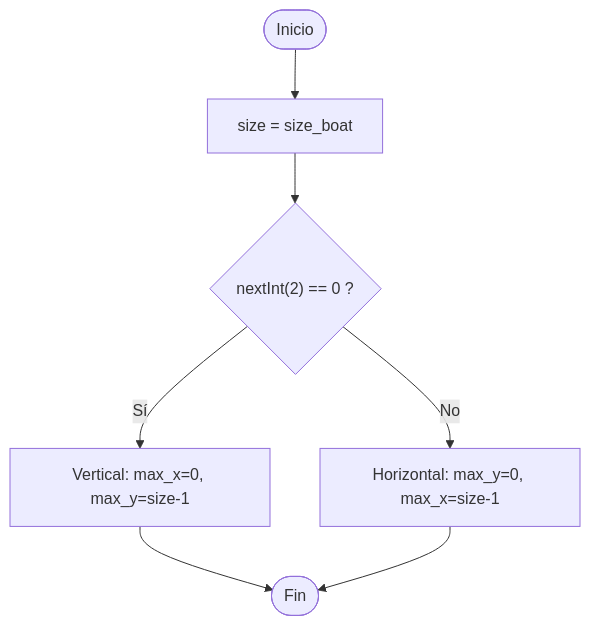
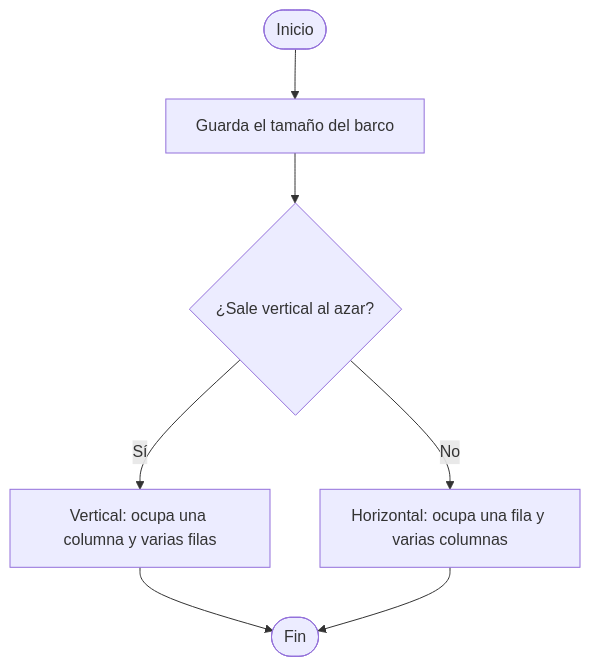
Before and after one commit to 8ismel6/1MD-ProyectoFinal: diagram 17 of 33 in README.md, drawn with Mermaid. The commit also changed other lines of this file and 1 other file, not shown here.

````diff
--- a/README.md
+++ b/README.md
@@ -593,9 +580,9 @@
 ```mermaid
 flowchart TD
-A(["Inicio"]) --> B["size = size_boat"]
-B --> C{"nextInt(2) == 0 ?"}
-C -- "Sí" --> D["Vertical: max_x=0, max_y=size-1"]
-C -- "No" --> E["Horizontal: max_y=0, max_x=size-1"]
+A(["Inicio"]) --> B["Guarda el tamaño del barco"]
+B --> C{"¿Sale vertical al azar?"}
+C -- "Sí" --> D["Vertical: ocupa una columna y varias filas"]
+C -- "No" --> E["Horizontal: ocupa una fila y varias columnas"]
 D --> F(["Fin"])
 E --> F
 ```
````
